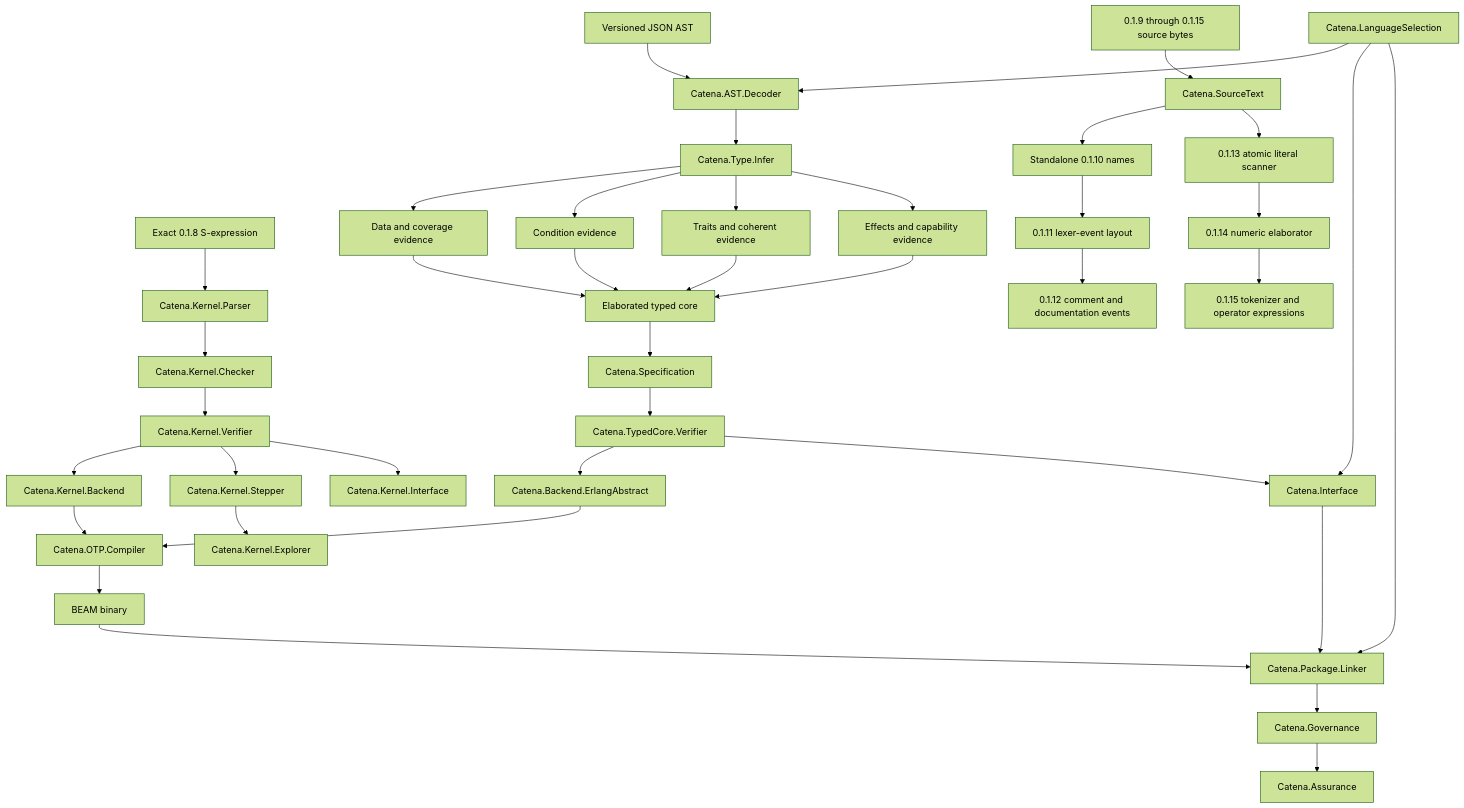
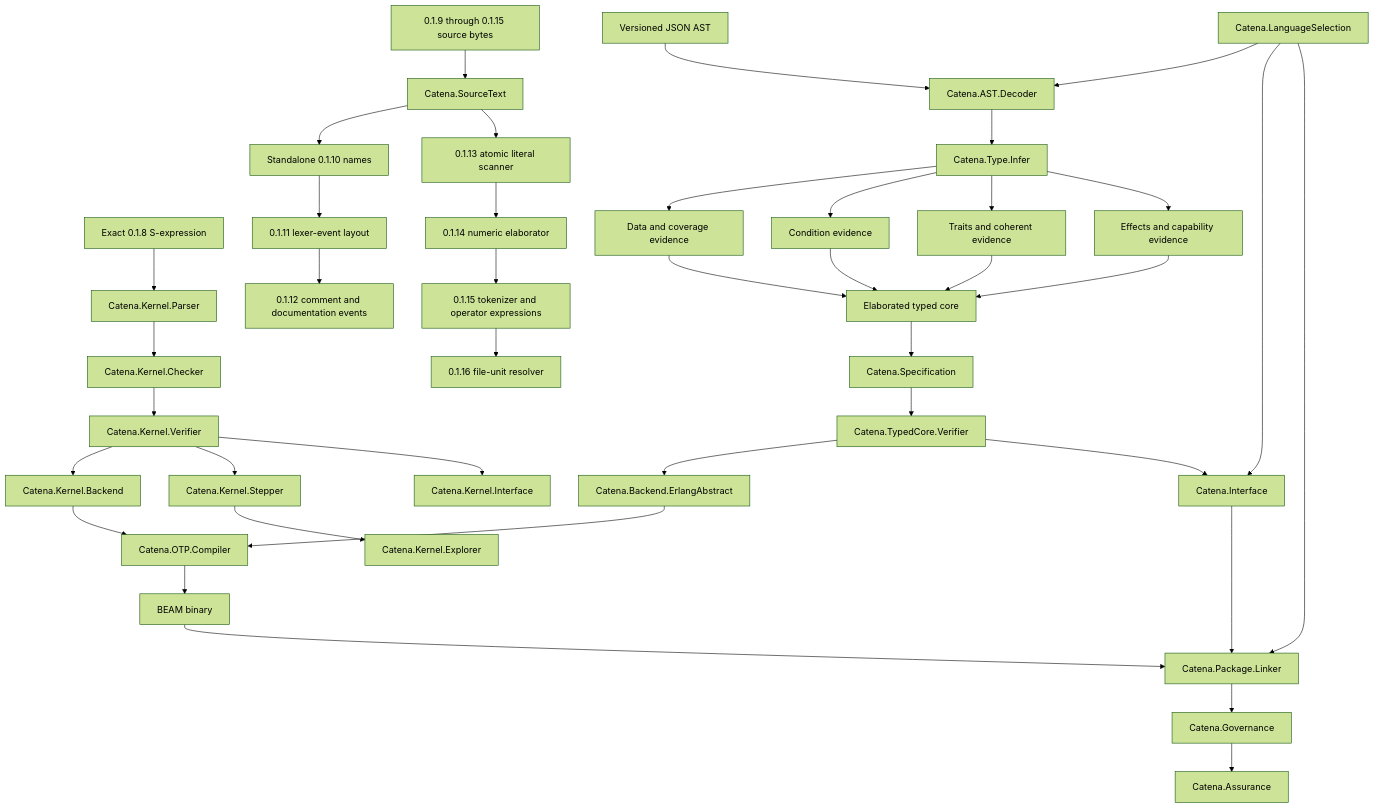
One commit to pcharbon70/catena changed the diagram in guides/development/compiler-architecture.md. Above: the diagram before and after it, drawn with Mermaid (forest theme). The commit also changed other lines of this file and 25 other files, not shown here.

````diff
--- a/guides/development/compiler-architecture.md
+++ b/guides/development/compiler-architecture.md
@@ -46,42 +46,43 @@
 ```mermaid
 flowchart TD
     JSON[Versioned JSON AST] --> Decoder[Catena.AST.Decoder]
     Kernel[Exact 0.1.8 S-expression] --> KParser[Catena.Kernel.Parser]
     Source[0.1.9 through 0.1.15 source bytes] --> SourceText[Catena.SourceText]
     SourceText --> Names[Standalone 0.1.10 names]
     Names --> Layout[0.1.11 lexer-event layout]
     Layout --> Comments[0.1.12 comment and documentation events]
     SourceText --> Literals[0.1.13 atomic literal scanner]
     Literals --> Numeric[0.1.14 numeric elaborator]
     Numeric --> Tokens[0.1.15 tokenizer and operator expressions]
+    Tokens --> FileUnits[0.1.16 file-unit resolver]
     Selection[Catena.LanguageSelection] --> Decoder
     Decoder --> Infer[Catena.Type.Infer]
     Infer --> Data[Data and coverage evidence]
     Infer --> Cond[Condition evidence]
     Infer --> Cat[Traits and coherent evidence]
     Infer --> FX[Effects and capability evidence]
     Data --> Core[Elaborated typed core]
     Cond --> Core
     Cat --> Core
     FX --> Core
     Core --> Spec[Catena.Specification]
     Spec --> Verify[Catena.TypedCore.Verifier]
     Verify --> Backend[Catena.Backend.ErlangAbstract]
     Backend --> OTP[Catena.OTP.Compiler]
     OTP --> Beam[BEAM binary]
     Verify --> Interface[Catena.Interface]
     KParser --> KCheck[Catena.Kernel.Checker]
     KCheck --> KVerify[Catena.Kernel.Verifier]
     KVerify --> KBackend[Catena.Kernel.Backend]
     KVerify --> Stepper[Catena.Kernel.Stepper]
     Stepper --> Explorer[Catena.Kernel.Explorer]
     KBackend --> OTP
     KVerify --> KInterface[Catena.Kernel.Interface]
 
     Beam --> Linker[Catena.Package.Linker]
     Interface --> Linker
     Selection --> Interface
     Selection --> Linker
     Linker --> Governance[Catena.Governance]
     Governance --> Assurance[Catena.Assurance]
 ```
````
